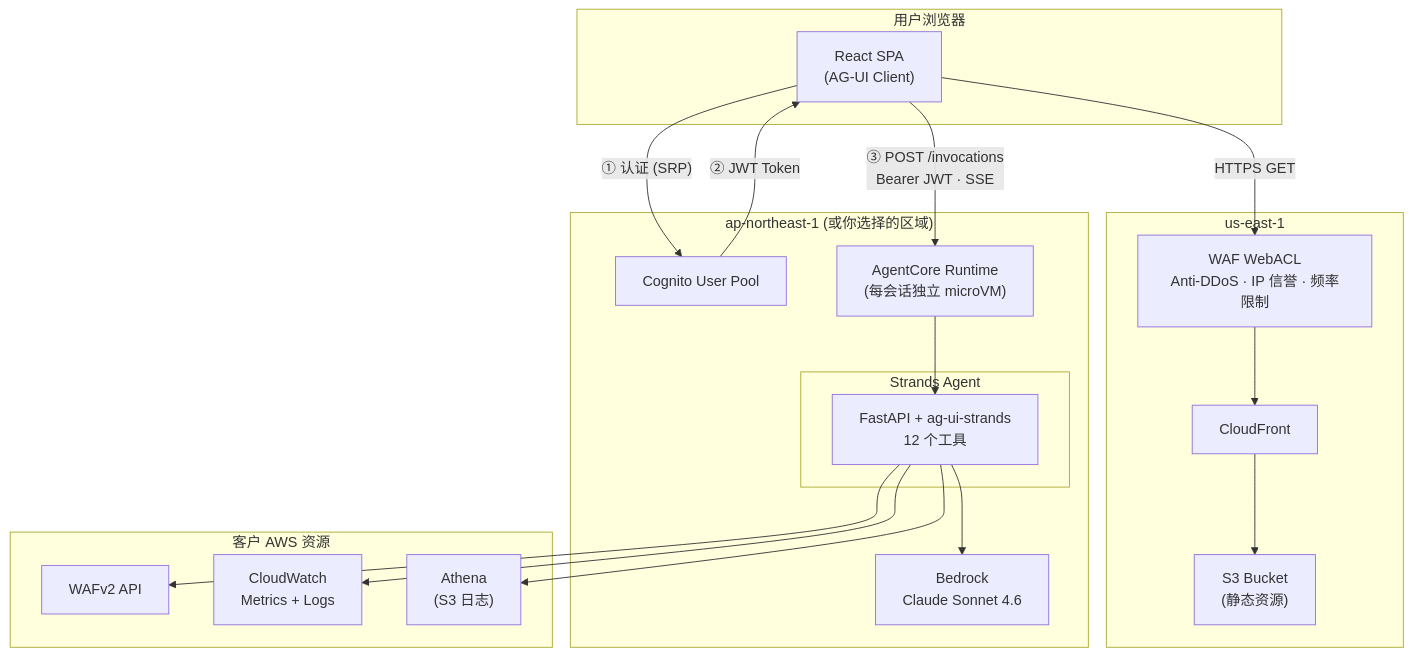
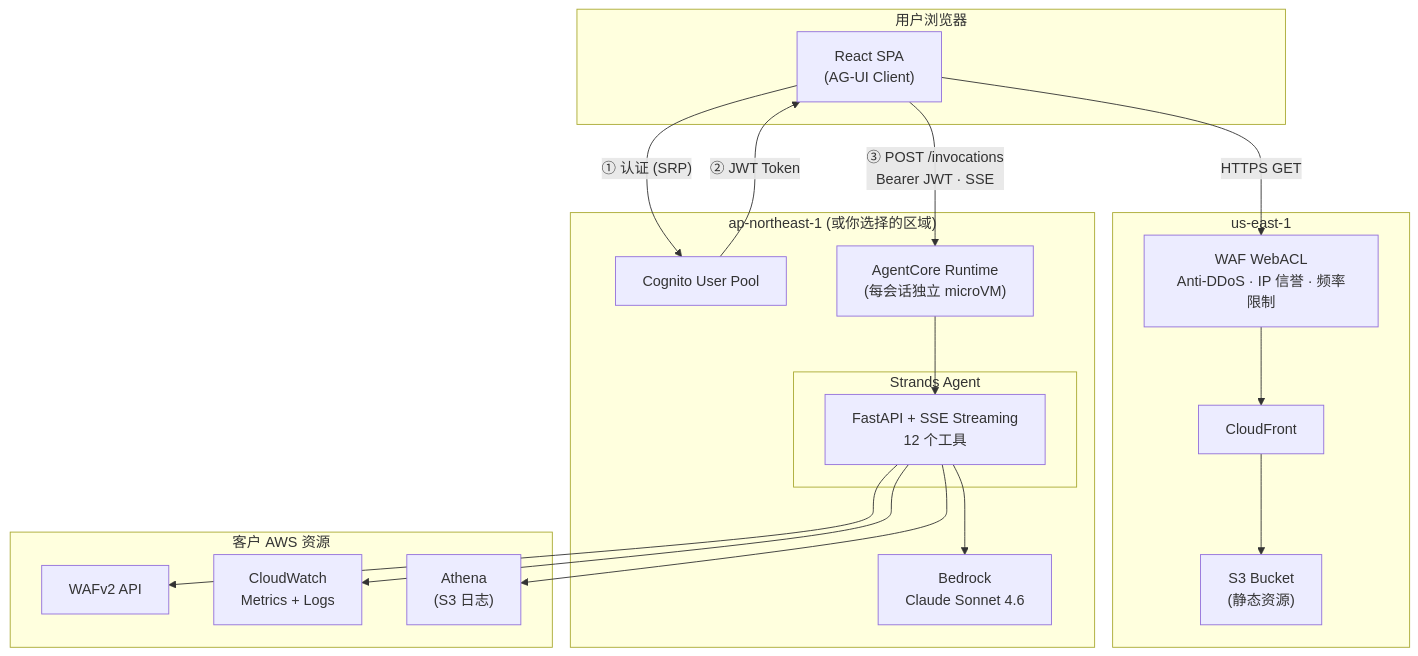
One commit to aws-samples/sample-building-a-conversational-ai-agent-for-aws-waf-analysis-with-agentcore changed the diagram in README_zh.md. Above: the diagram before and after it, drawn with Mermaid. The commit also changed other lines of this file, not shown here.

Commit message:
README_zh: add doc links, fix naming (ROI report, SSE streaming)

````diff
--- a/README_zh.md
+++ b/README_zh.md
@@ -52,38 +52,38 @@
 ```mermaid
 graph TB
     subgraph User["用户浏览器"]
         SPA["React SPA<br/>(AG-UI Client)"]
     end
 
     subgraph CF["us-east-1"]
         CloudFront["CloudFront"]
         WAF_FE["WAF WebACL<br/>Anti-DDoS · IP 信誉 · 频率限制"]
         S3["S3 Bucket<br/>(静态资源)"]
     end
 
     subgraph Backend["ap-northeast-1 (或你选择的区域)"]
         Cognito["Cognito User Pool"]
         AC["AgentCore Runtime<br/>(每会话独立 microVM)"]
         subgraph Agent["Strands Agent"]
-            FastAPI["FastAPI + ag-ui-strands<br/>12 个工具"]
+            FastAPI["FastAPI + SSE Streaming<br/>12 个工具"]
         end
         Bedrock["Bedrock<br/>Claude Sonnet 4.6"]
     end
 
     subgraph AWS["客户 AWS 资源"]
         WAFv2["WAFv2 API"]
         CW["CloudWatch<br/>Metrics + Logs"]
         Athena["Athena<br/>(S3 日志)"]
     end
 
     SPA -->|"HTTPS GET"| WAF_FE
     WAF_FE --> CloudFront --> S3
     SPA -->|"① 认证 (SRP)"| Cognito
     Cognito -->|"② JWT Token"| SPA
     SPA -->|"③ POST /invocations<br/>Bearer JWT · SSE"| AC
     AC --> FastAPI
     FastAPI --> Bedrock
     FastAPI --> WAFv2
     FastAPI --> CW
     FastAPI --> Athena
 ```
````
